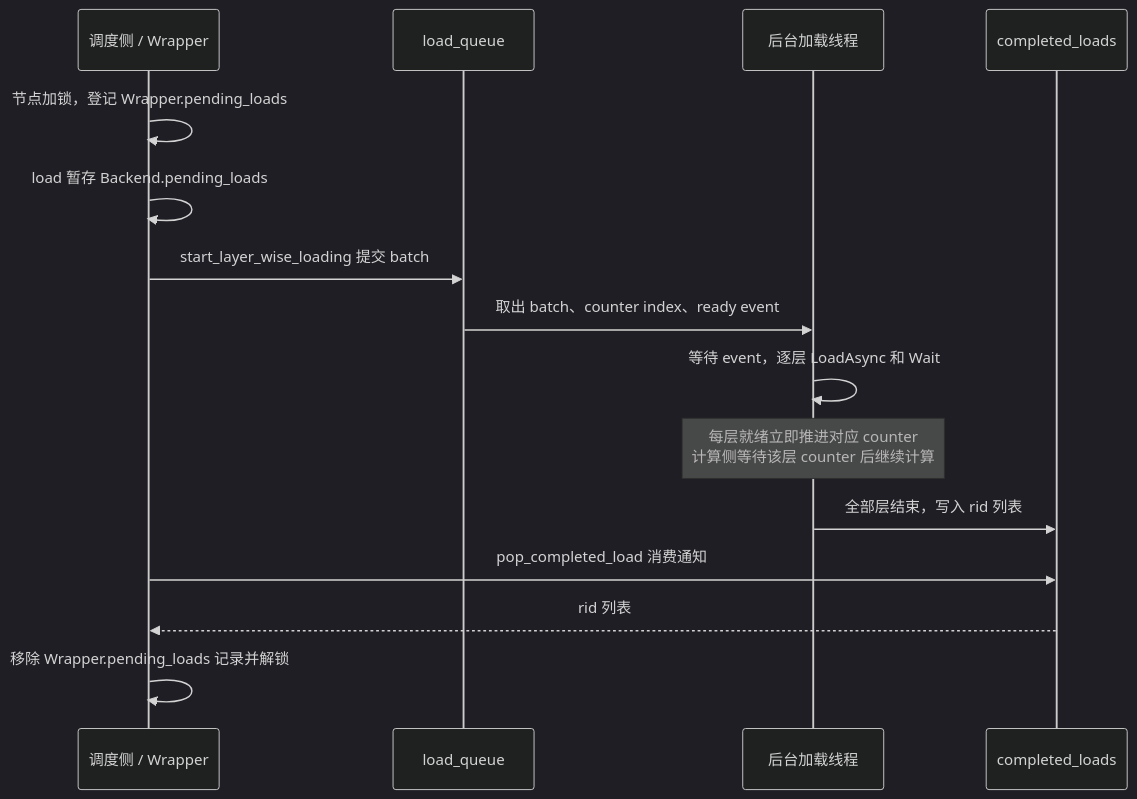
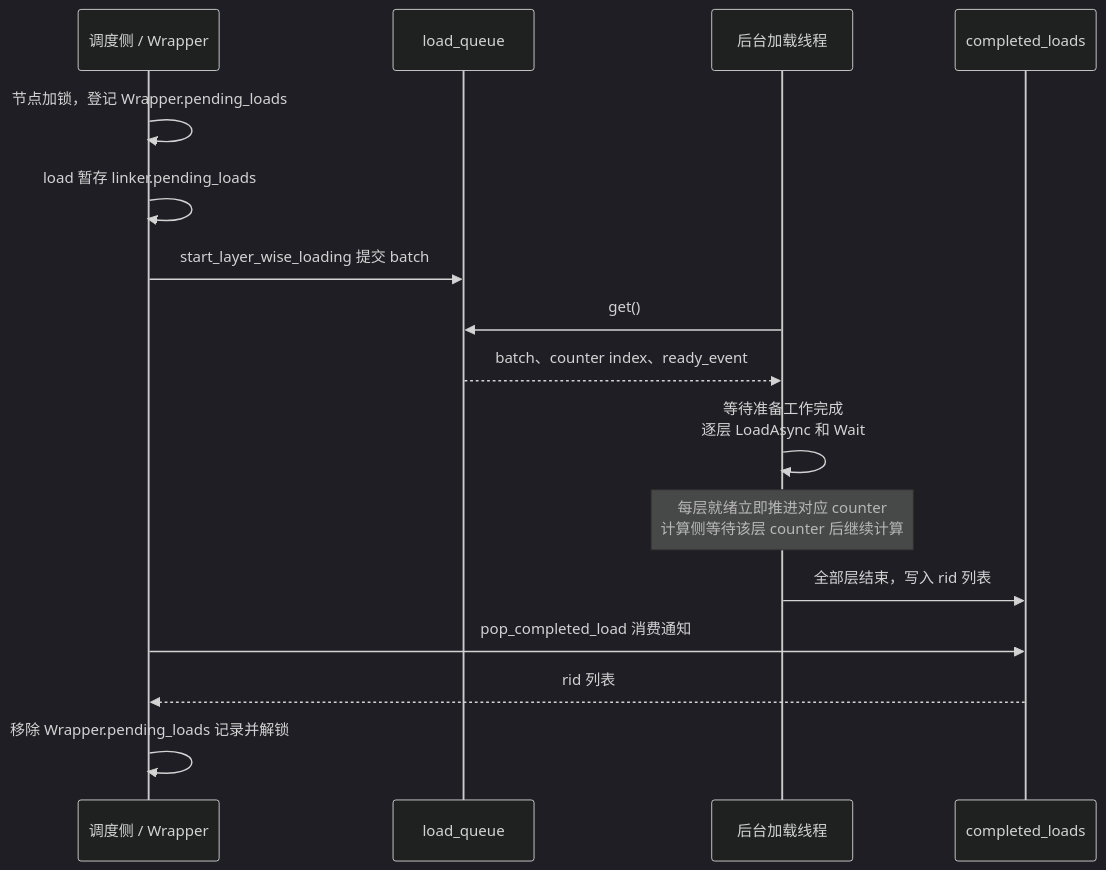
One commit to yuanzhg078/sglang changed diagram 16 of 27 in kv_client_linker_backend_design.md. Above: the diagram before and after it, drawn with Mermaid (dark theme). The commit also changed other lines of this file and 1 other file, not shown here.

````diff
--- a/kv_client_linker_backend_design.md
+++ b/kv_client_linker_backend_design.md
@@ -562,17 +849,18 @@
 ```mermaid
 sequenceDiagram
     participant S as 调度侧 / Wrapper
     participant Q as load_queue
     participant L as 后台加载线程
     participant C as completed_loads
     S->>S: 节点加锁，登记 Wrapper.pending_loads
-    S->>S: load 暂存 Backend.pending_loads
+    S->>S: load 暂存 linker.pending_loads
     S->>Q: start_layer_wise_loading 提交 batch
-    Q->>L: 取出 batch、counter index、ready event
-    L->>L: 等待 event，逐层 LoadAsync 和 Wait
+    L->>Q: get()
+    Q-->>L: batch、counter index、ready_event
+    L->>L: 等待准备工作完成<br/>逐层 LoadAsync 和 Wait
     Note over L: 每层就绪立即推进对应 counter<br/>计算侧等待该层 counter 后继续计算
     L->>C: 全部层结束，写入 rid 列表
     S->>C: pop_completed_load 消费通知
     C-->>S: rid 列表
     S->>S: 移除 Wrapper.pending_loads 记录并解锁
 ```
````
